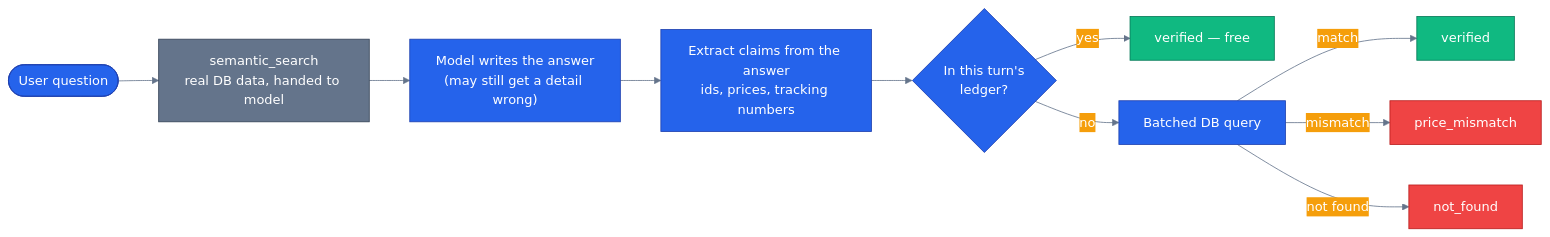
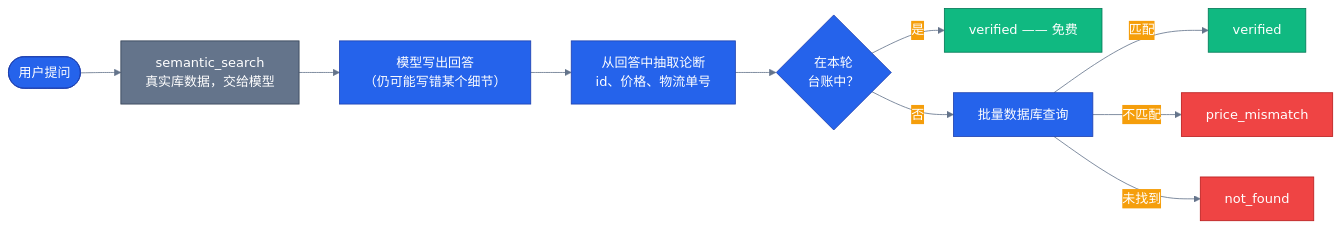
Before and after one commit to s1encisi/reliable-commerce-agents: the diagram in docs/concepts/09-grounding-and-rag.md, drawn with Mermaid. The commit also changed other lines of this file and 1033 other files, not shown here.

````diff
--- a/docs/concepts/09-grounding-and-rag.md
+++ b/docs/concepts/09-grounding-and-rag.md
@@ -73,26 +59,26 @@
 ```mermaid
 %%{init: {'theme':'base', 'themeVariables': {
   'primaryColor': '#2563eb','primaryTextColor': '#ffffff','primaryBorderColor': '#1e40af',
   'lineColor': '#64748b','secondaryColor': '#f59e0b','tertiaryColor': '#10b981',
   'background': 'transparent'}}}%%
 flowchart LR
   classDef core    fill:#2563eb,stroke:#1e40af,color:#ffffff
   classDef success fill:#10b981,stroke:#047857,color:#ffffff
   classDef error   fill:#ef4444,stroke:#b91c1c,color:#ffffff
   classDef infra   fill:#64748b,stroke:#334155,color:#ffffff
 
-  q(["User question"]) --> retrieve["semantic_search<br/>real DB data, handed to model"]
-  retrieve --> model["Model writes the answer<br/>(may still get a detail wrong)"]
-  model --> extract["Extract claims from the answer<br/>ids, prices, tracking numbers"]
-  extract --> tier1{"In this turn's<br/>ledger?"}
-  tier1 -->|yes| verified1["verified — free"]
-  tier1 -->|no| tier2["Batched DB query"]
-  tier2 -->|match| verified2["verified"]
-  tier2 -->|mismatch| mismatch["price_mismatch"]
-  tier2 -->|not found| notfound["not_found"]
+  q(["用户提问"]) --> retrieve["semantic_search<br/>真实库数据，交给模型"]
+  retrieve --> model["模型写出回答<br/>（仍可能写错某个细节）"]
+  model --> extract["从回答中抽取论断<br/>id、价格、物流单号"]
+  extract --> tier1{"在本轮<br/>台账中？"}
+  tier1 -->|是| verified1["verified —— 免费"]
+  tier1 -->|否| tier2["批量数据库查询"]
+  tier2 -->|匹配| verified2["verified"]
+  tier2 -->|不匹配| mismatch["price_mismatch"]
+  tier2 -->|未找到| notfound["not_found"]
 
   class q,model core
   class retrieve infra
   class verified1,verified2 success
   class mismatch,notfound error
 ```
````
